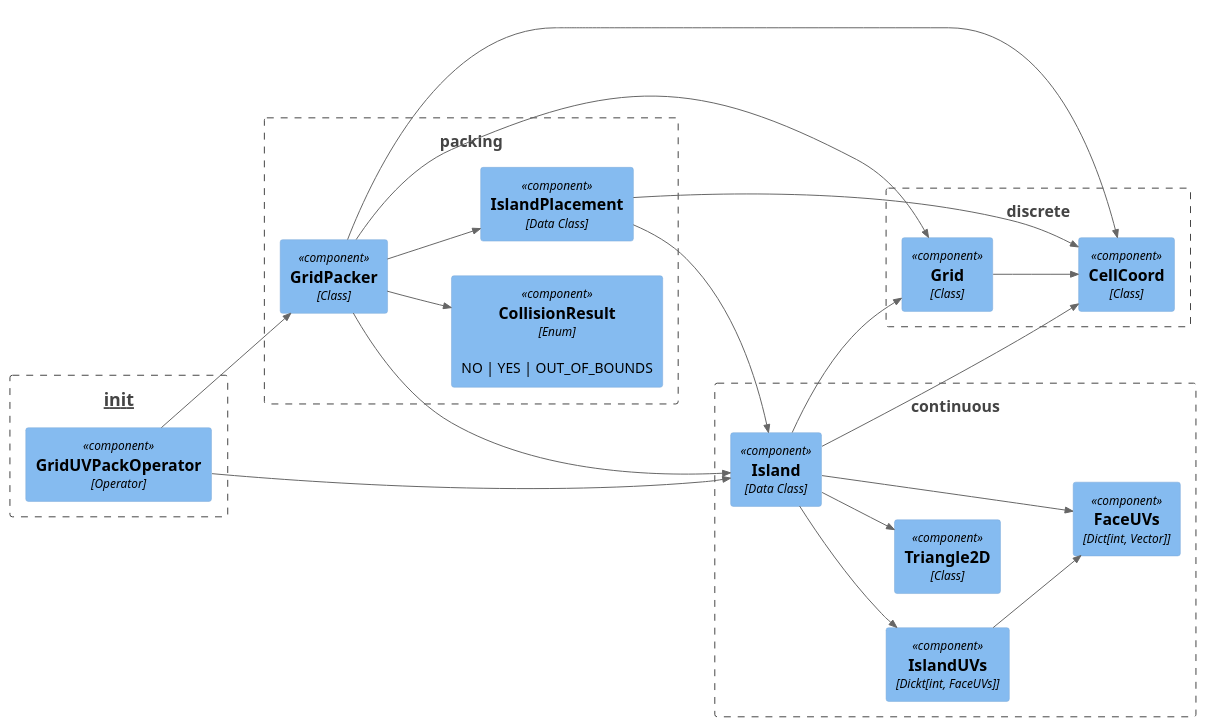
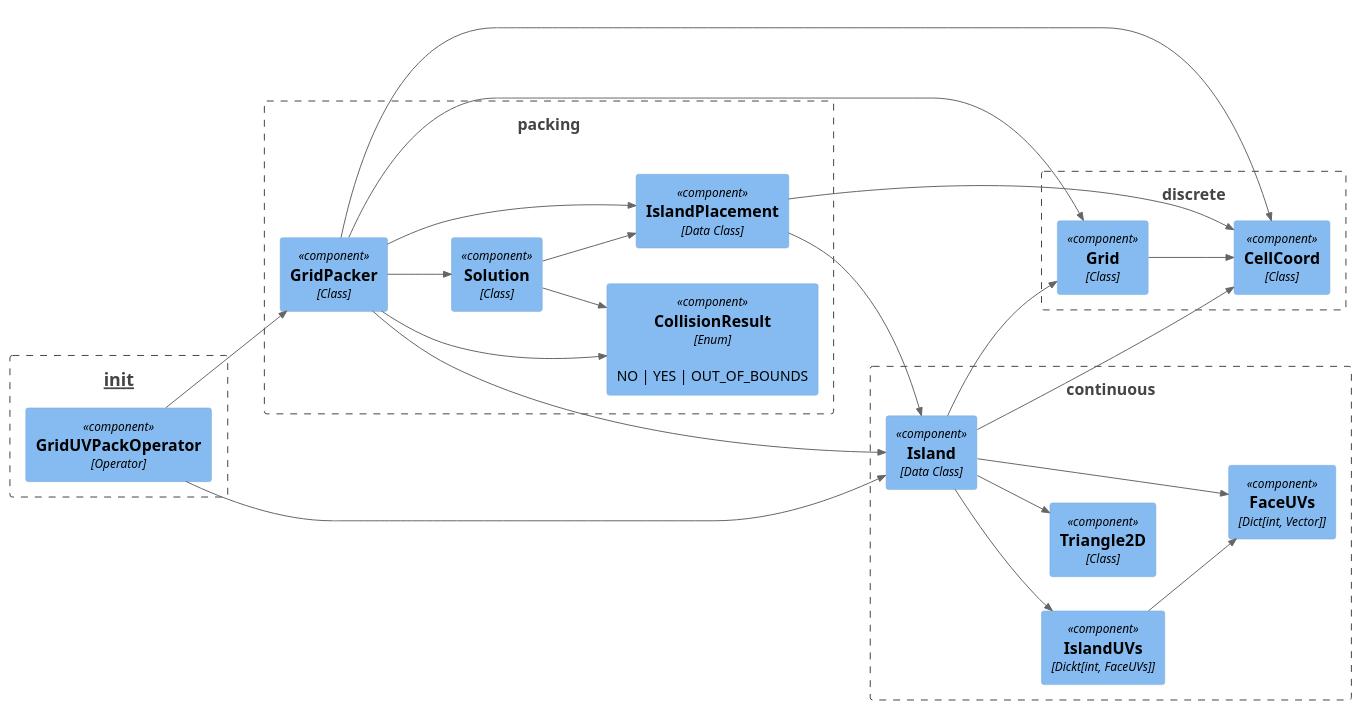
The diagram in doc/arch/Component_Diagram.plantuml (muhuk/grid-uv-packer), drawn with PlantUML before and after one commit. The commit also changed 1 other file, not shown here.

Commit message:
Update component diagram.

```diff
--- a/doc/arch/Component_Diagram.plantuml
+++ b/doc/arch/Component_Diagram.plantuml
@@ -1,50 +1,54 @@
 @startuml Component_Diagram
 !include ../c4/C4_Component.puml
 LAYOUT_LEFT_RIGHT()
 
 Boundary(moduleInit, "__init__") {
   Component(gridUvPackOperator, "GridUVPackOperator", "Operator")
 }
 
 Boundary(moduleContinuous, "continuous") {
   Component(faceUvs, "FaceUVs", "Dict[int, Vector]")
   Component(islandUvs, "IslandUVs", "Dickt[int, FaceUVs]")
   Component(island, "Island", "Data Class")
   Component(triangle2d, "Triangle2D", "Class")
 
   Rel(island, faceUvs, " ")
   Rel(island, islandUvs, " ")
   Rel(island, triangle2d, " ")
 
   Rel(islandUvs, faceUvs, " ")
 }
 
 Boundary(moduleData, "packing") {
   Component(collisionResult, "CollisionResult", "Enum", "NO | YES | OUT_OF_BOUNDS")
   Component(gridPacker, "GridPacker", "Class")
   Component(islandPlacement, "IslandPlacement", "Data Class")
+  Component(solution, "Solution", "Class")
 
   Rel(gridPacker, collisionResult, " ")
   Rel(gridPacker, islandPlacement, " ")
+  Rel(gridPacker, solution, " ")
+  Rel(solution, collisionResult, " ")
+  Rel(solution, islandPlacement, " ")
 }
 
 Boundary(moduleDiscrete, "discrete") {
   Component(cellCoord, "CellCoord", "Class")
   Component(grid, "Grid", "Class")
 
   Rel(grid, cellCoord, " ")
 }
 
 Rel(gridUvPackOperator, gridPacker, " ")
 Rel(gridUvPackOperator, island, " ")
 
 Rel(gridPacker, cellCoord, " ")
 Rel(gridPacker, grid, " ")
 Rel(gridPacker, island, " ")
 
 Rel(island, cellCoord, " ")
 Rel(island, grid, " ")
 
 Rel(islandPlacement, island, " ")
 Rel(islandPlacement, cellCoord, " ")
 @enduml
```
